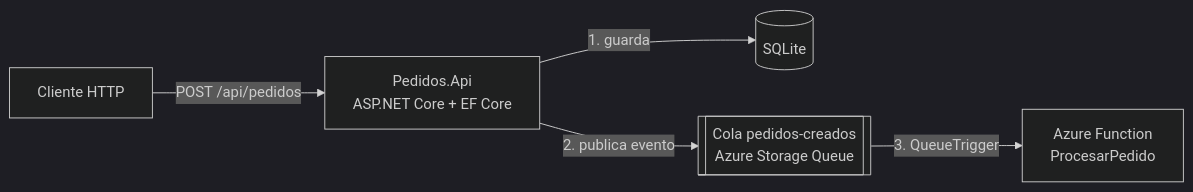
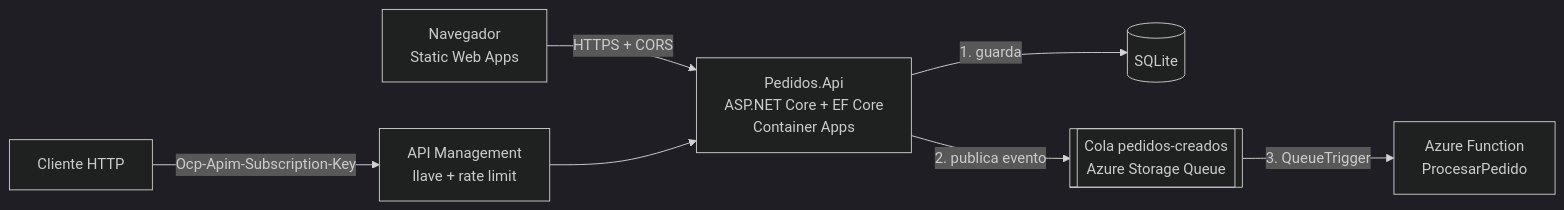
One commit to marlon-g-m/PedidosApp changed the diagram in README.md. Above: the diagram before and after it, drawn with Mermaid (dark theme). The commit also changed other lines of this file, not shown here.

Commit message:
Actualizacion de README con APIM , cors y evidencia

````diff
--- a/README.md
+++ b/README.md
@@ -9,7 +12,9 @@
 ```mermaid
 flowchart LR
-    C[Cliente HTTP] -->|POST /api/pedidos| A[Pedidos.Api<br/>ASP.NET Core + EF Core]
+    U[Navegador<br/>Static Web Apps] -->|HTTPS + CORS| A
+    C[Cliente HTTP] -->|Ocp-Apim-Subscription-Key| M[API Management<br/>llave + rate limit]
+    M --> A[Pedidos.Api<br/>ASP.NET Core + EF Core<br/>Container Apps]
     A -->|1. guarda| D[(SQLite)]
     A -->|2. publica evento| Q[[Cola pedidos-creados<br/>Azure Storage Queue]]
     Q -->|3. QueueTrigger| F[Azure Function<br/>ProcesarPedido]
 ```
````
